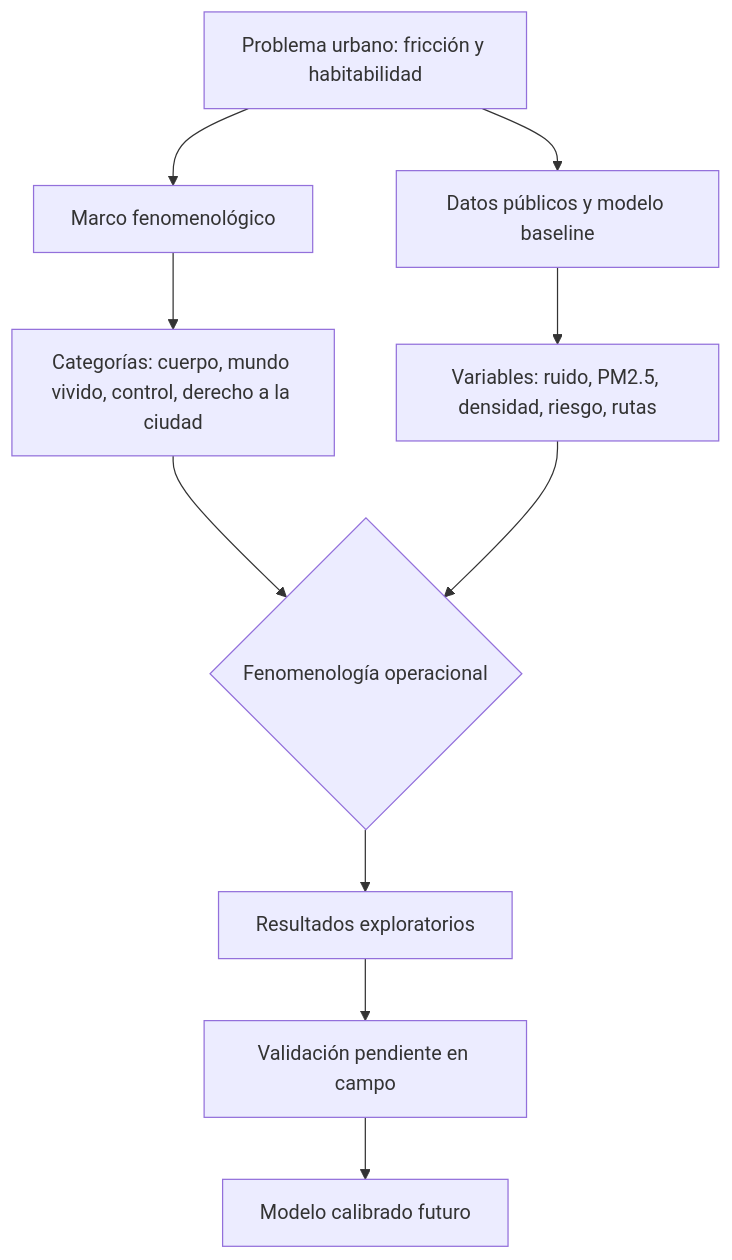
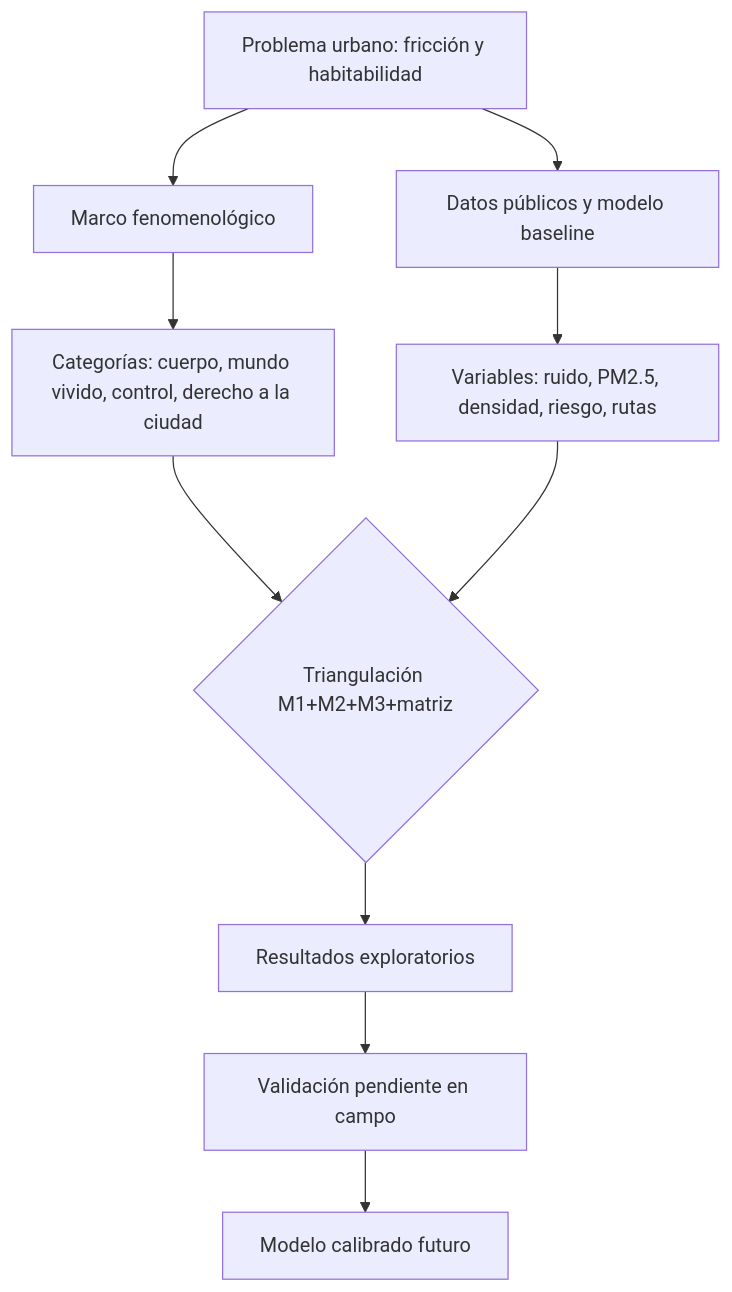
The diagram in tesis/01-introduccion-y-marco-teorico.md (stevenvo780/FenomenologiaUrbana), drawn with Mermaid before and after one commit. The commit also changed other lines of this file and 12 other files, not shown here.

````diff
--- a/tesis/01-introduccion-y-marco-teorico.md
+++ b/tesis/01-introduccion-y-marco-teorico.md
@@ -106,12 +92,12 @@
 ```mermaid
 graph TD
     A[Problema urbano: fricción y habitabilidad] --> B[Marco fenomenológico]
     A --> C[Datos públicos y modelo baseline]
     B --> D[Categorías: cuerpo, mundo vivido, control, derecho a la ciudad]
     C --> E[Variables: ruido, PM2.5, densidad, riesgo, rutas]
-    D --> F{Fenomenología operacional}
+    D --> F{Triangulación M1+M2+M3+matriz}
     E --> F
     F --> G[Resultados exploratorios]
     G --> H[Validación pendiente en campo]
     H --> I[Modelo calibrado futuro]
 ```
````
